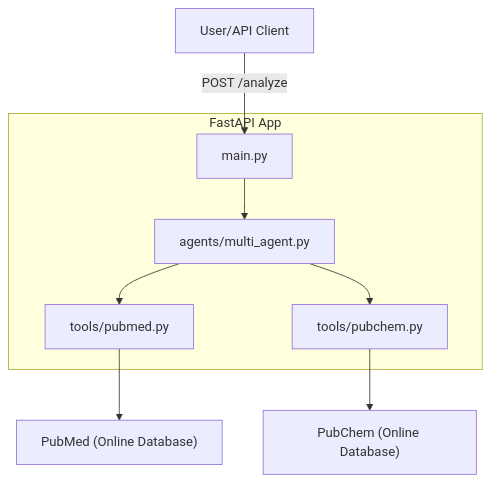
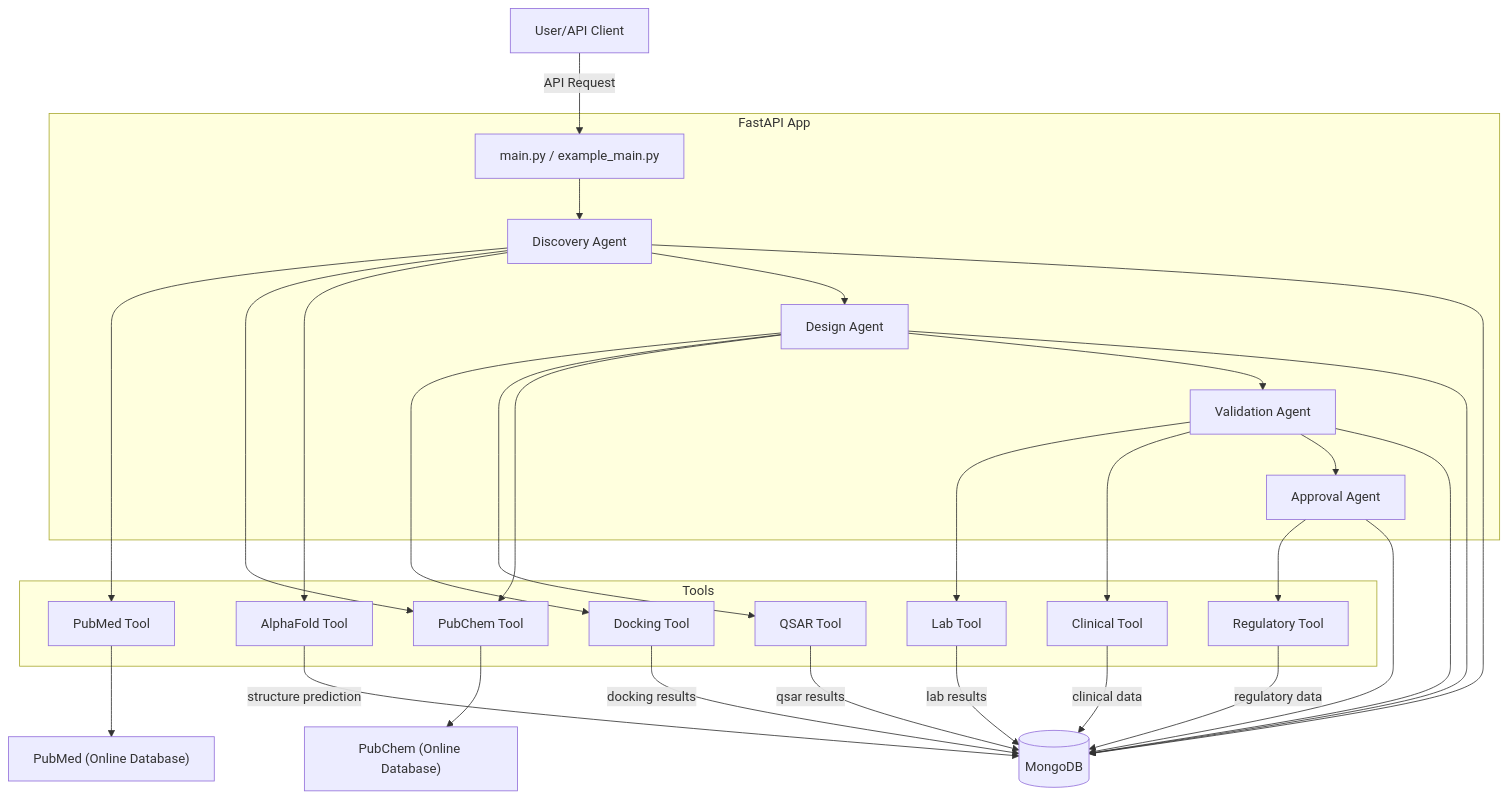
Before and after one commit to justin-mbca/drug-discovery-ai: the second of 2 diagrams in README.md, drawn with Mermaid. The commit also changed other lines of this file, not shown here.

Commit message:
Update architecture diagram to include all agents and tools

````diff
--- a/README.md
+++ b/README.md
@@ -110,19 +111,53 @@
 ```mermaid
 graph TD;
     User[User/API Client]
     subgraph FastAPI App
-        Main[main.py]
-        Crew[agents/multi_agent.py]
-        PubMedTool[tools/pubmed.py]
-        PubChemTool[tools/pubchem.py]
+        Main[main.py / example_main.py]
+        DiscoveryAgent[Discovery Agent]
+        DesignAgent[Design Agent]
+        ValidationAgent[Validation Agent]
+        ApprovalAgent[Approval Agent]
     end
+    subgraph Tools
+        PubMedTool[PubMed Tool]
+        PubChemTool[PubChem Tool]
+        AlphaFoldTool[AlphaFold Tool]
+        DockingTool[Docking Tool]
+        QSARTool[QSAR Tool]
+        LabTool[Lab Tool]
+        ClinicalTool[Clinical Tool]
+        RegulatoryTool[Regulatory Tool]
+    end
+    MongoDB[(MongoDB)]
     PubMed["PubMed (Online Database)"]
     PubChem["PubChem (Online Database)"]
 
-    User -->|POST /analyze| Main
-    Main --> Crew
-    Crew --> PubMedTool
-    Crew --> PubChemTool
+    User -->|API Request| Main
+    Main --> DiscoveryAgent
+    DiscoveryAgent --> PubMedTool
+    DiscoveryAgent --> PubChemTool
+    DiscoveryAgent --> AlphaFoldTool
+    DiscoveryAgent --> DesignAgent
+    DesignAgent --> DockingTool
+    DesignAgent --> QSARTool
+    DesignAgent --> PubChemTool
+    DesignAgent --> ValidationAgent
+    ValidationAgent --> LabTool
+    ValidationAgent --> ClinicalTool
+    ValidationAgent --> ApprovalAgent
+    ApprovalAgent --> RegulatoryTool
+
     PubMedTool --> PubMed
     PubChemTool --> PubChem
+    AlphaFoldTool -->|structure prediction| MongoDB
+    DockingTool -->|docking results| MongoDB
+    QSARTool -->|qsar results| MongoDB
+    LabTool -->|lab results| MongoDB
+    ClinicalTool -->|clinical data| MongoDB
+    RegulatoryTool -->|regulatory data| MongoDB
+
+    DiscoveryAgent --> MongoDB
+    DesignAgent --> MongoDB
+    ValidationAgent --> MongoDB
+    ApprovalAgent --> MongoDB
 ```
````
